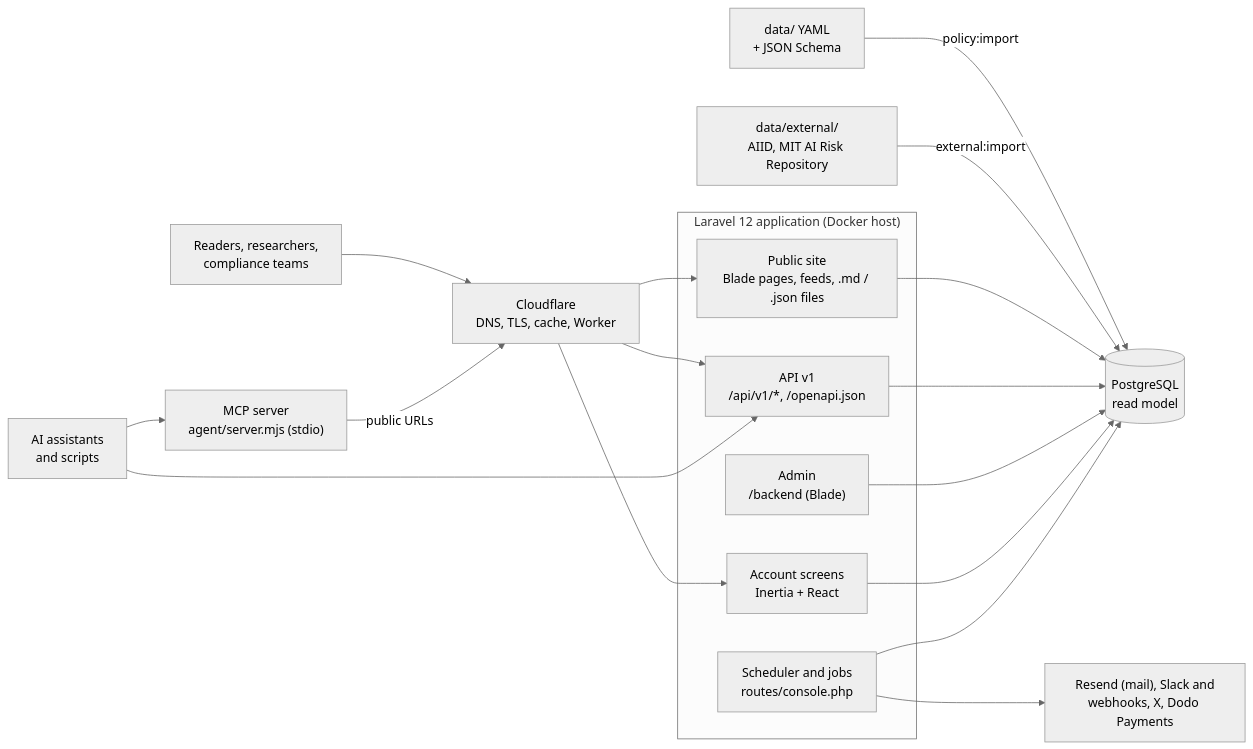
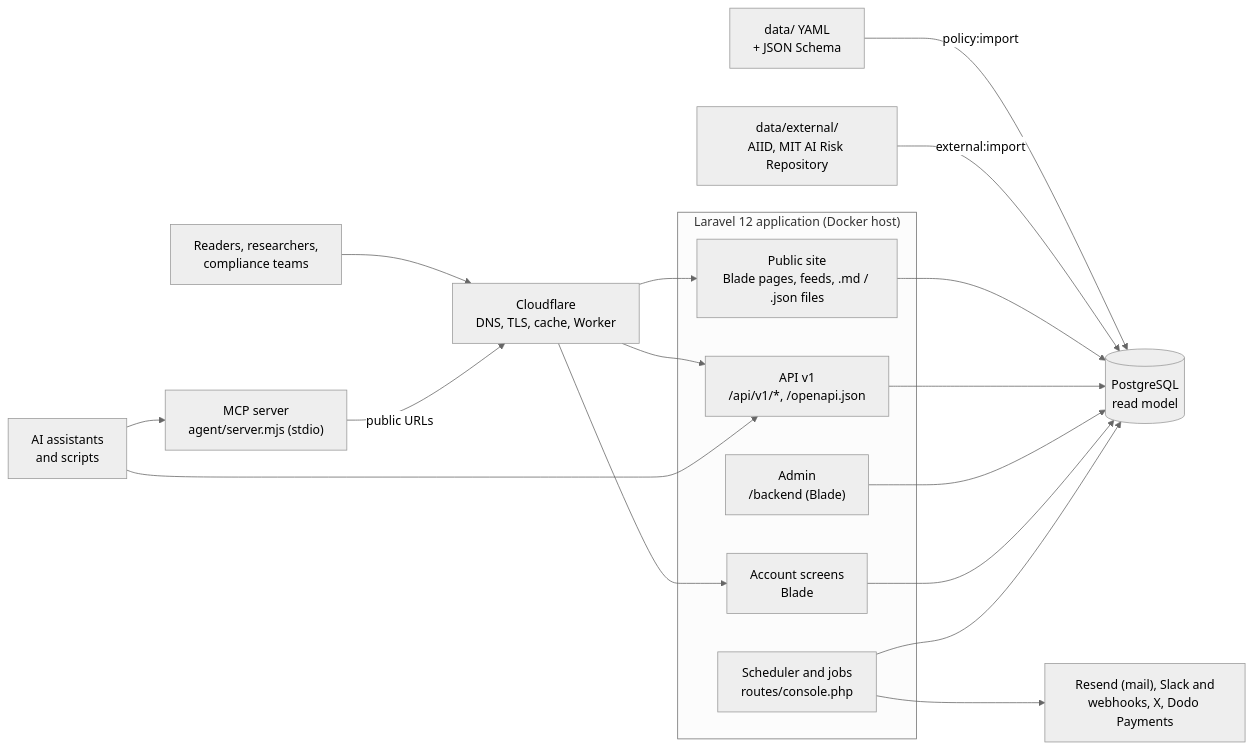
One commit to 8h45k4r/aipolicytracker changed the first of 2 diagrams in docs/architecture.md. Above: the diagram before and after it, drawn with Mermaid (neutral theme). The commit also changed other lines of this file and 89 other files, not shown here.

First line of the commit message:
Remove the unused React and Inertia account code

````diff
--- a/docs/architecture.md
+++ b/docs/architecture.md
@@ -9,29 +9,29 @@
 ```mermaid
 flowchart LR
     readers["Readers, researchers,<br/>compliance teams"]
     agents["AI assistants<br/>and scripts"]
     edge["Cloudflare<br/>DNS, TLS, cache, Worker"]
 
     subgraph app["Laravel 12 application (Docker host)"]
         site["Public site<br/>Blade pages, feeds, .md / .json files"]
         api["API v1<br/>/api/v1/*, /openapi.json"]
         admin["Admin<br/>/backend (Blade)"]
-        account["Account screens<br/>Inertia + React"]
+        account["Account screens<br/>Blade"]
         sched["Scheduler and jobs<br/>routes/console.php"]
     end
 
     mcp["MCP server<br/>agent/server.mjs (stdio)"]
     db[("PostgreSQL<br/>read model")]
     data["data/ YAML<br/>+ JSON Schema"]
     ext["data/external/<br/>AIID, MIT AI Risk Repository"]
     out["Resend (mail), Slack and<br/>webhooks, X, Dodo Payments"]
 
     readers --> edge --> site & api & account
     agents --> mcp -->|public URLs| edge
     agents --> api
     data -->|policy:import| db
     ext -->|external:import| db
     site & api & admin & account --> db
     sched --> db
     sched --> out
 ```
````
